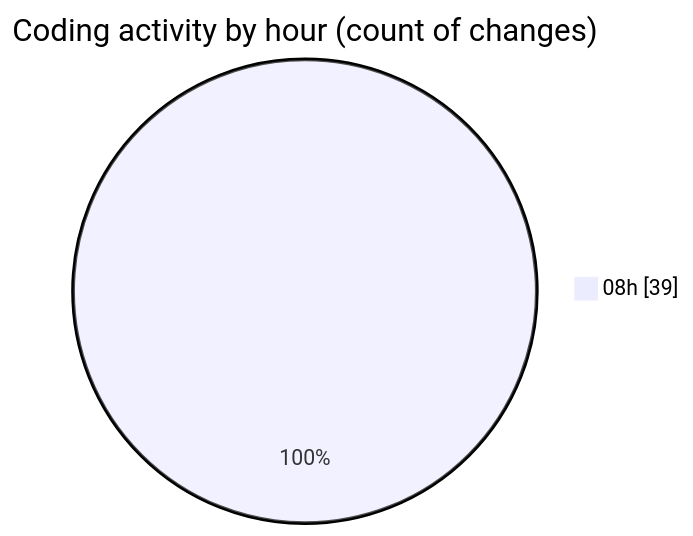
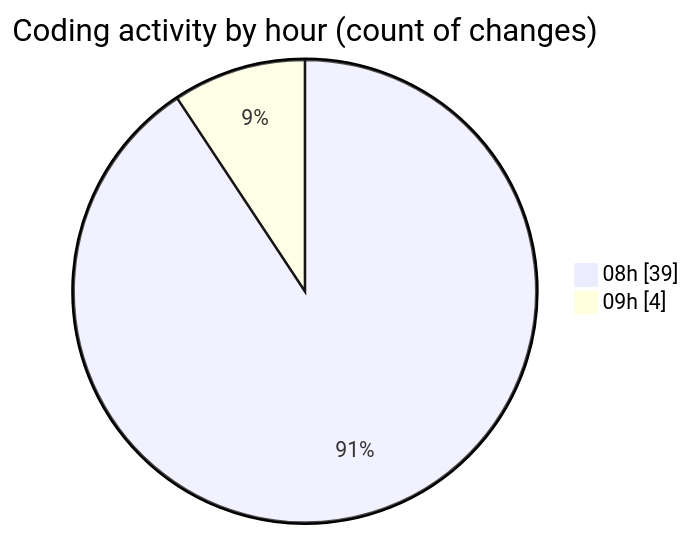
The second of 2 diagrams in 2025-05-16/ecodeli-1/README.md (CELIANVF/code-tracking), drawn with Mermaid before and after one commit. The commit also changed other lines of this file and 1 other file, not shown here.

````diff
--- a/2025-05-16/ecodeli-1/README.md
+++ b/2025-05-16/ecodeli-1/README.md
@@ -48,5 +50,6 @@
 ```mermaid
 pie showData
 title Coding activity by hour (count of changes)
 "08h" : 39
+"09h" : 4
 ```
````
